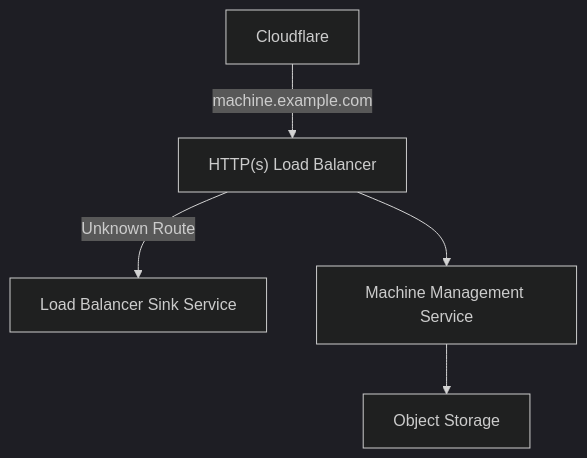
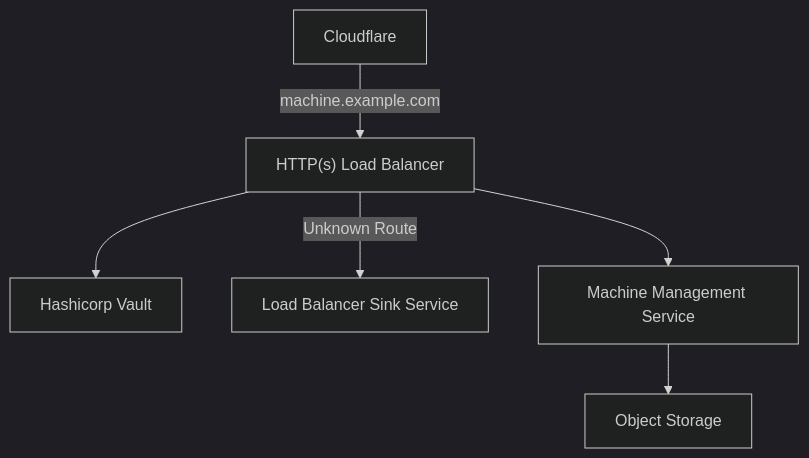
The first of 5 diagrams in docs/content/docs/public_cloud/_index.md (Zaba505/infra), drawn with Mermaid (dark theme) before and after one commit. The commit also changed other lines of this file, not shown here.

Commit message:
docs(issue-244): documented https load balancer

````diff
--- a/docs/content/docs/public_cloud/_index.md
+++ b/docs/content/docs/public_cloud/_index.md
@@ -7,15 +7,17 @@
 ```mermaid
 flowchart TB
     cloudflare["Cloudflare"]
     loadBalancer["HTTP(s) Load Balancer"]
+    vault["Hashicorp Vault"]
     lbsink["Load Balancer Sink Service"]
     machineMgmt["Machine Management Service"]
     objectStore["Object Storage"]
 
     cloudflare -->|machine.example.com| loadBalancer
 
     loadBalancer -->|Unknown Route| lbsink
     loadBalancer --> machineMgmt
+    loadBalancer --> vault
 
     machineMgmt --> objectStore
 ```
````
